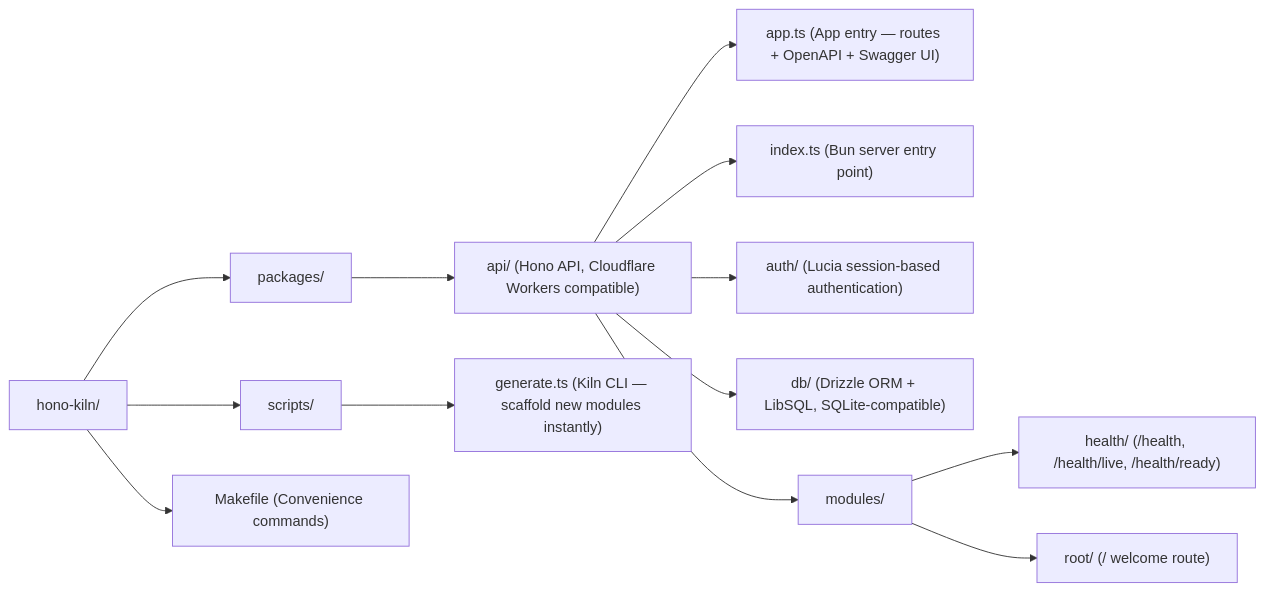
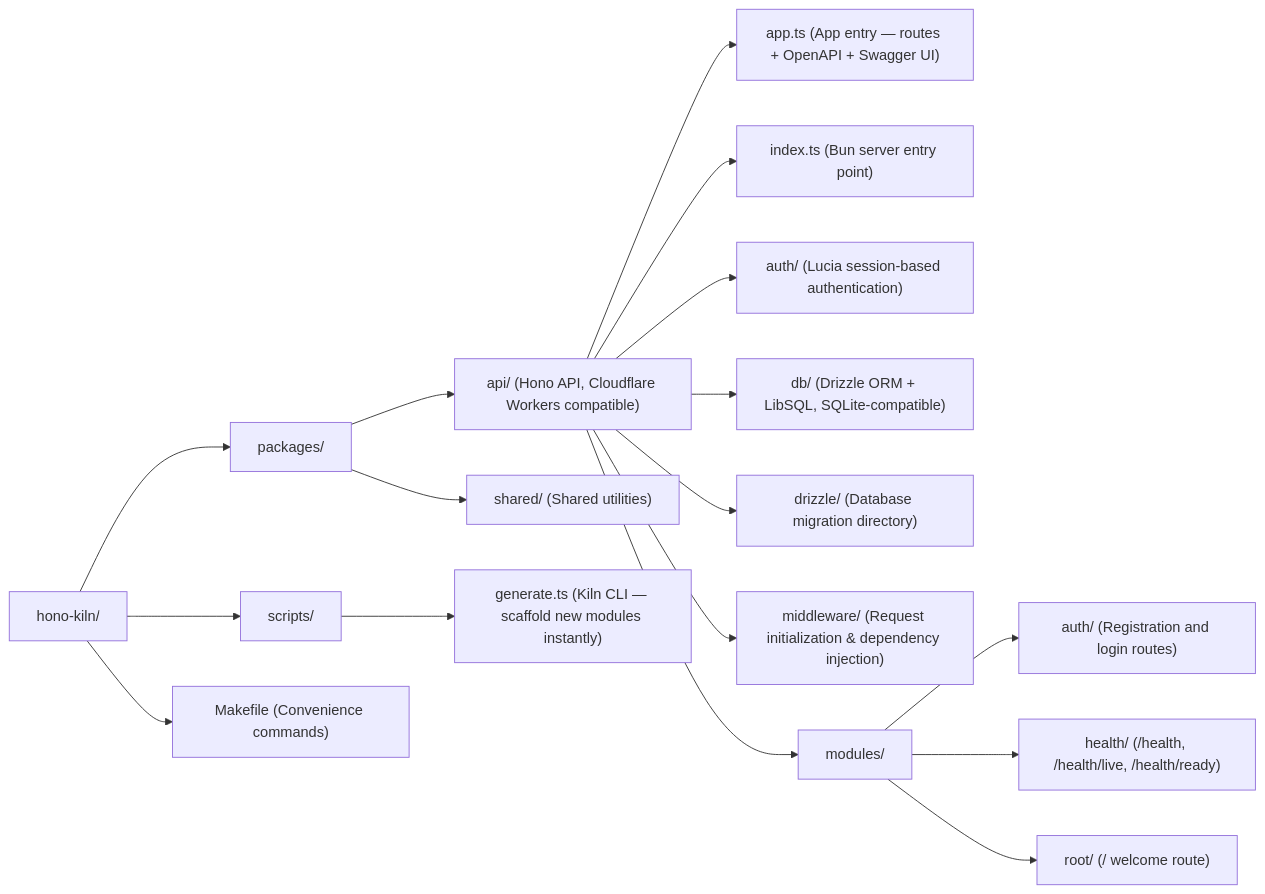
The first of 2 diagrams in README.md (fderuiter/Hono-Kiln), drawn with Mermaid before and after one commit. The commit also changed other lines of this file, not shown here.

Commit message:
docs: sync architecture docs with directory structure and describe middleware

````diff
--- a/README.md
+++ b/README.md
@@ -25,19 +25,23 @@
 ```mermaid
 flowchart LR
     Root["hono-kiln/"] --> Packages["packages/"]
     Root --> Scripts["scripts/"]
     Root --> Makefile["Makefile (Convenience commands)"]
 
     Packages --> API["api/ (Hono API, Cloudflare Workers compatible)"]
+    Packages --> Shared["shared/ (Shared utilities)"]
 
     API --> AppTS["app.ts (App entry — routes + OpenAPI + Swagger UI)"]
     API --> IndexTS["index.ts (Bun server entry point)"]
     API --> Auth["auth/ (Lucia session-based authentication)"]
     API --> DB["db/ (Drizzle ORM + LibSQL, SQLite-compatible)"]
+    API --> Drizzle["drizzle/ (Database migration directory)"]
+    API --> Middleware["middleware/ (Request initialization & dependency injection)"]
     API --> Modules["modules/"]
 
+    Modules --> AuthModule["auth/ (Registration and login routes)"]
     Modules --> Health["health/ (/health, /health/live, /health/ready)"]
     Modules --> RootModule["root/ (/ welcome route)"]
 
     Scripts --> GenerateTS["generate.ts (Kiln CLI — scaffold new modules instantly)"]
 ```
````
